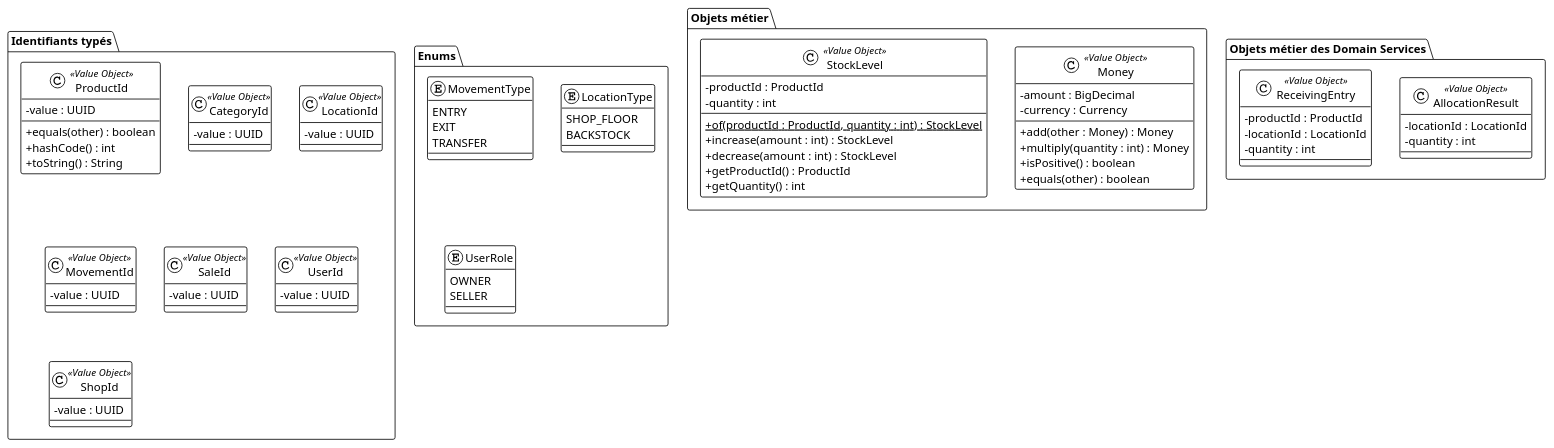
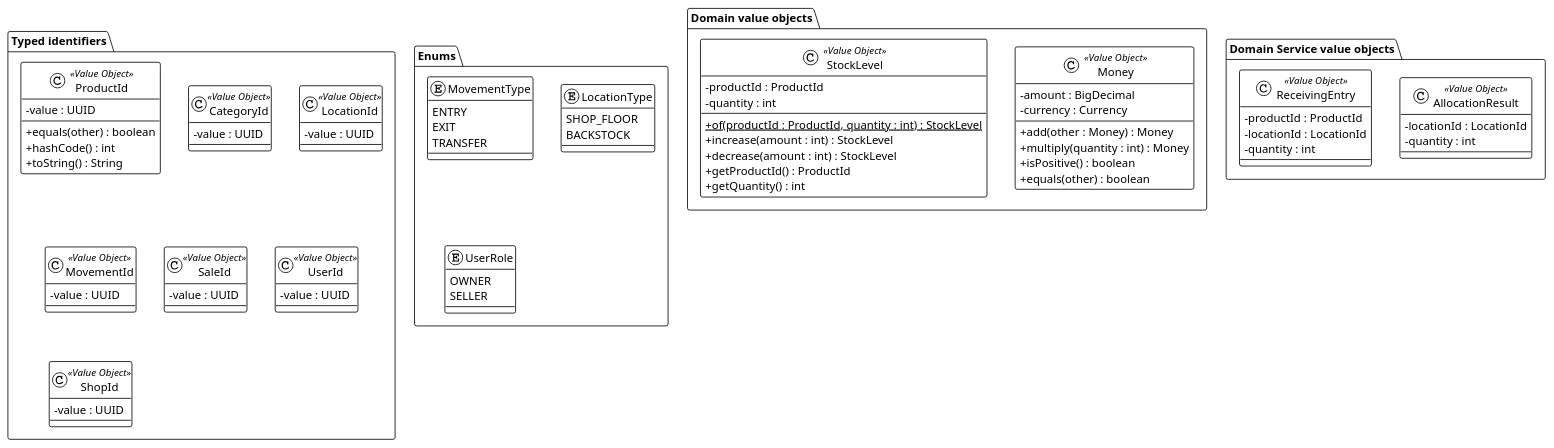
Before and after one commit to aliCheikCheikh/auto-stock-management: the diagram in antora-docs/modules/domain/pages/value-objects.adoc, drawn with PlantUML. The commit also changed other lines of this file and 542 other files, not shown here.

```diff
--- a/antora-docs/modules/domain/pages/value-objects.adoc
+++ b/antora-docs/modules/domain/pages/value-objects.adoc
@@ -17,7 +21,7 @@
 skinparam backgroundColor transparent
 skinparam classAttributeIconSize 0
 
-package "Identifiants typés" {
+package "Typed identifiers" {
   class ProductId <<Value Object>> {
     - value : UUID
     --
@@ -51,7 +55,7 @@
   }
 }
 
-package "Objets métier" {
+package "Domain value objects" {
   class Money <<Value Object>> {
     - amount : BigDecimal
     - currency : Currency
@@ -74,7 +78,7 @@
   }
 }
 
-package "Objets métier des Domain Services" {
+package "Domain Service value objects" {
   class AllocationResult <<Value Object>> {
     - locationId : LocationId
     - quantity : int
```
